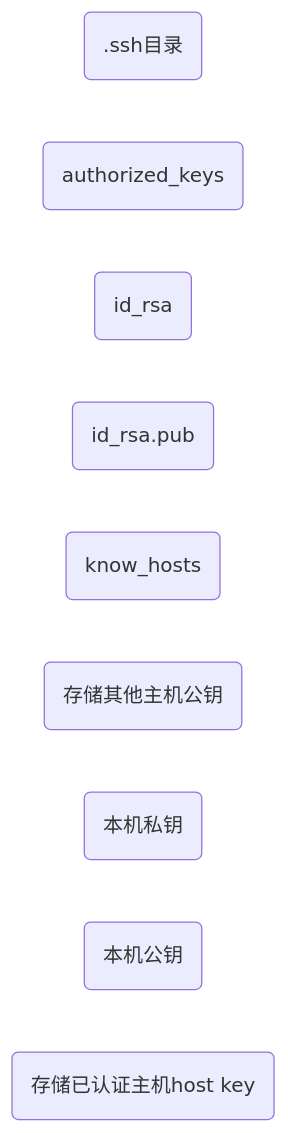
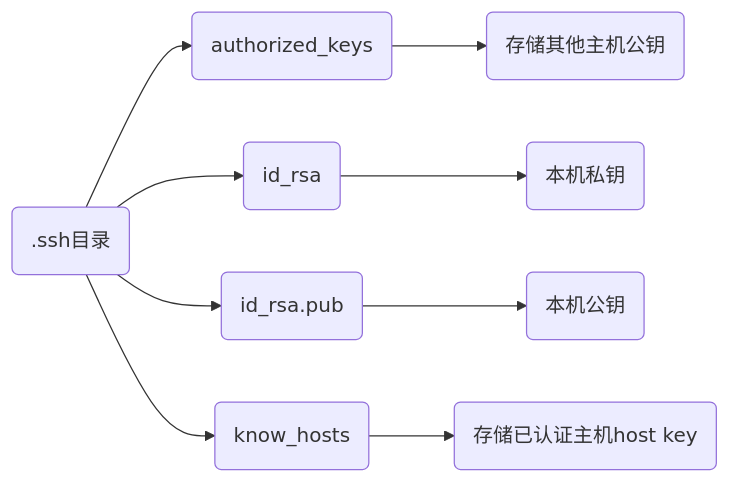
One commit to dmjcb/dmjcb.github.io changed the diagram in _posts/OS/Linux/软件/SSH/2021-03-14-SSH配置.md. Above: the diagram before and after it, drawn with Mermaid. The commit also changed 29 other files, not shown here.

````diff
--- a/_posts/OS/Linux/软件/SSH/2021-03-14-SSH配置.md
+++ b/_posts/OS/Linux/软件/SSH/2021-03-14-SSH配置.md
@@ -63,17 +63,9 @@
 ```mermaid
 graph LR;
     s(.ssh目录)
 
-    s1(authorized_keys)
-    s2(id_rsa)
-    s3(id_rsa.pub)
-    s4(know_hosts)
-
-    s11(存储其他主机公钥)
-    s21(本机私钥)
-    s31(本机公钥)
-    s41(存储已认证主机host key)
-
-
-
+    s-->s1(authorized_keys)-->s11(存储其他主机公钥)
+    s-->s2(id_rsa)-->s21(本机私钥)
+    s-->s3(id_rsa.pub)-->s31(本机公钥)
+    s-->s4(know_hosts)-->s41(存储已认证主机host key)
 ```
````
